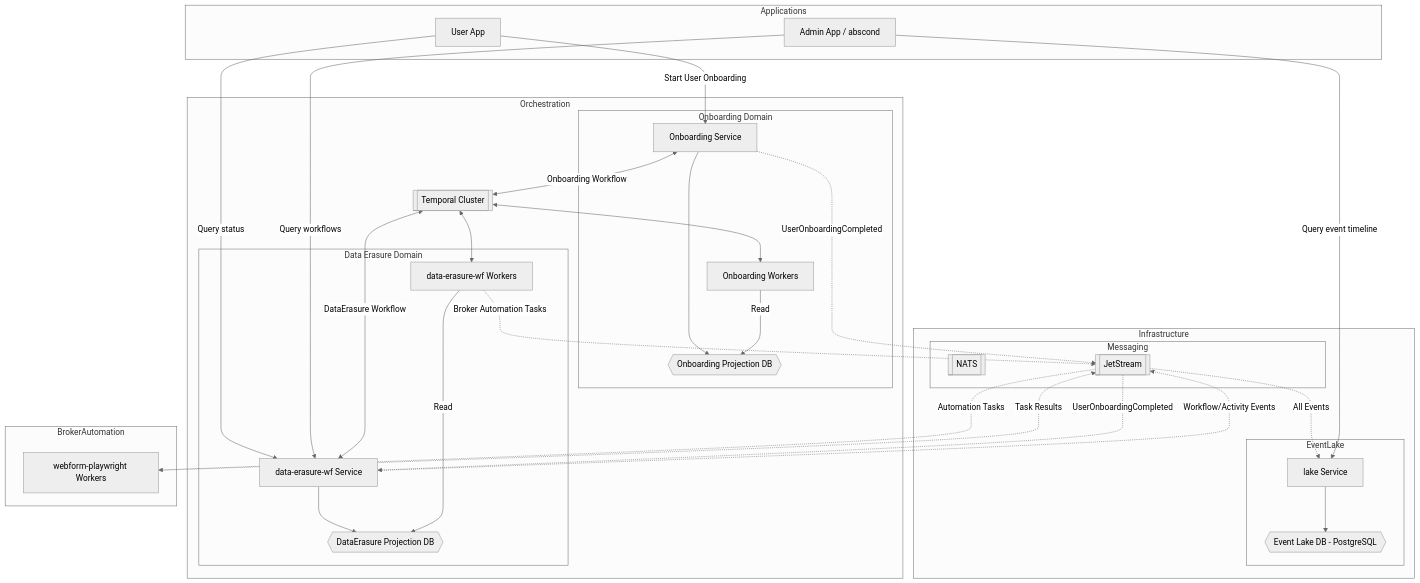
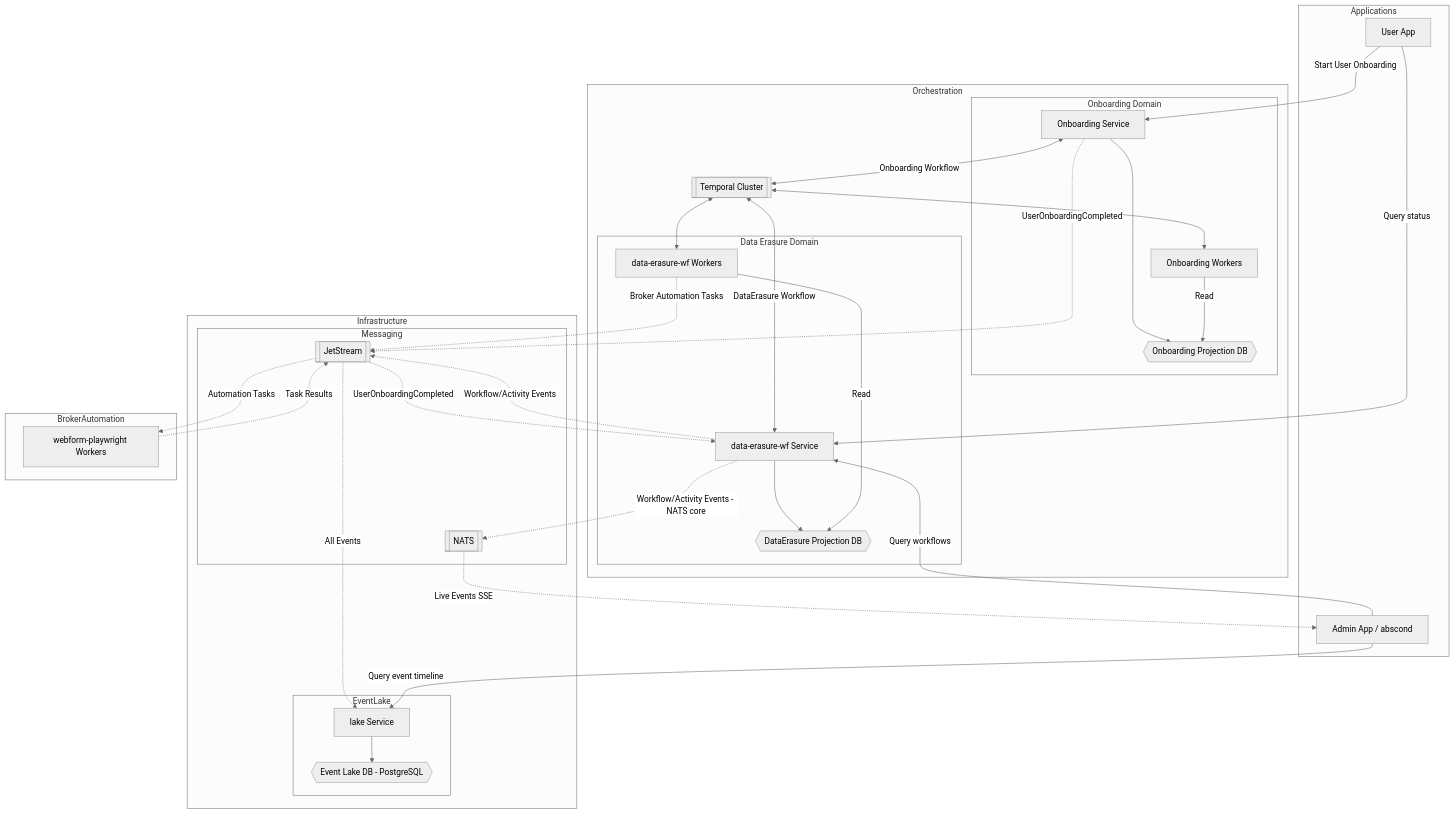
One commit to optout-io/optout-io changed the diagram in system-designs/ARCHITECTURE.md. Above: the diagram before and after it, drawn with Mermaid (neutral theme). The commit also changed other lines of this file and 1 other file, not shown here.

First line of the commit message:
Add live-workflow-events design doc; update ARCHITECTURE.md

````diff
--- a/system-designs/ARCHITECTURE.md
+++ b/system-designs/ARCHITECTURE.md
@@ -15,61 +15,64 @@
 ```mermaid
 graph TD
     subgraph Applications
         AU[User App]
         AA[Admin App / abscond]
     end
 
     subgraph Orchestration
         subgraph Onboarding Domain
             OS[Onboarding Service]
             OW[Onboarding Workers]
             ODB{{Onboarding Projection DB}}
         end
         subgraph Data Erasure Domain
             DES[data-erasure-wf Service]
             DEW[data-erasure-wf Workers]
             DEDB{{DataErasure Projection DB}}
         end
         TMP[[ Temporal Cluster ]]
     end
 
     subgraph Infrastructure
         subgraph Messaging
             CN[[ NATS ]]
             CJ[[ JetStream ]]
         end
         subgraph EventLake
             ELS[lake Service]
             ELDB{{Event Lake DB - PostgreSQL}}
         end
     end
 
     subgraph BrokerAutomation
         WFP[webform-playwright Workers]
     end
 
     AU -->|Start User Onboarding| OS
     OS <-->|Onboarding Workflow| TMP
     TMP <--> OW
     OS --> ODB
     OW -->|Read| ODB
     OS -.->|UserOnboardingCompleted| CJ
 
     CJ -.->|UserOnboardingCompleted| DES
     DES <-->|DataErasure Workflow| TMP
     TMP <--> DEW
     DES --> DEDB
     DEW -->|Read| DEDB
     DEW -.->|Broker Automation Tasks| CJ
 
     CJ -.->|Automation Tasks| WFP
     WFP -.->|Task Results| CJ
 
     DES -.->|Workflow/Activity Events| CJ
     CJ -.->|All Events| ELS
     ELS --> ELDB
 
+    DES -.->|Workflow/Activity Events - NATS core| CN
+    CN -.->|Live Events SSE| AA
+
     AU -->|Query status| DES
     AA -->|Query workflows| DES
     AA -->|Query event timeline| ELS
 ```
````
